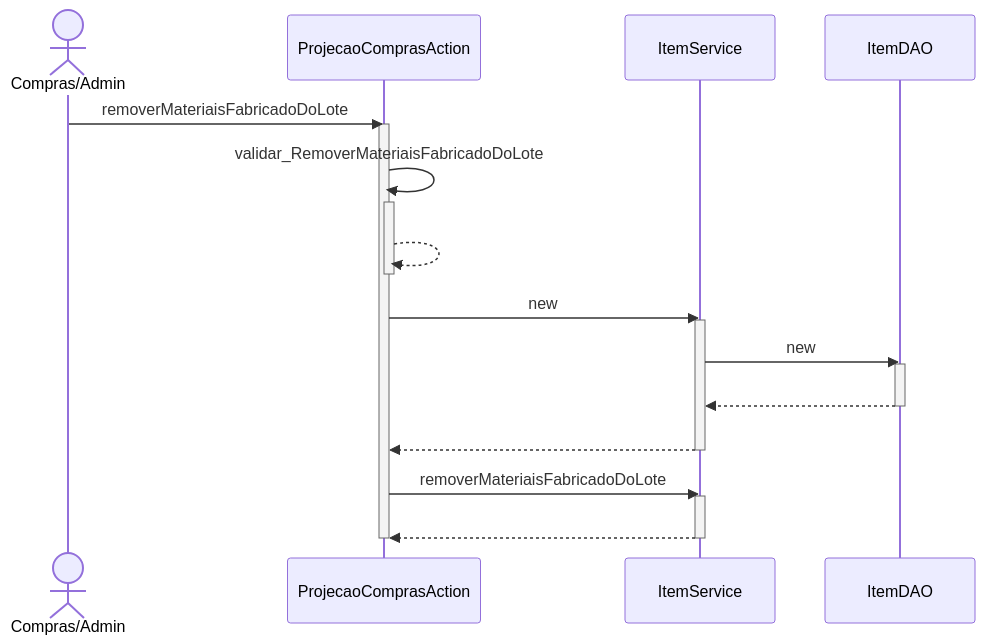
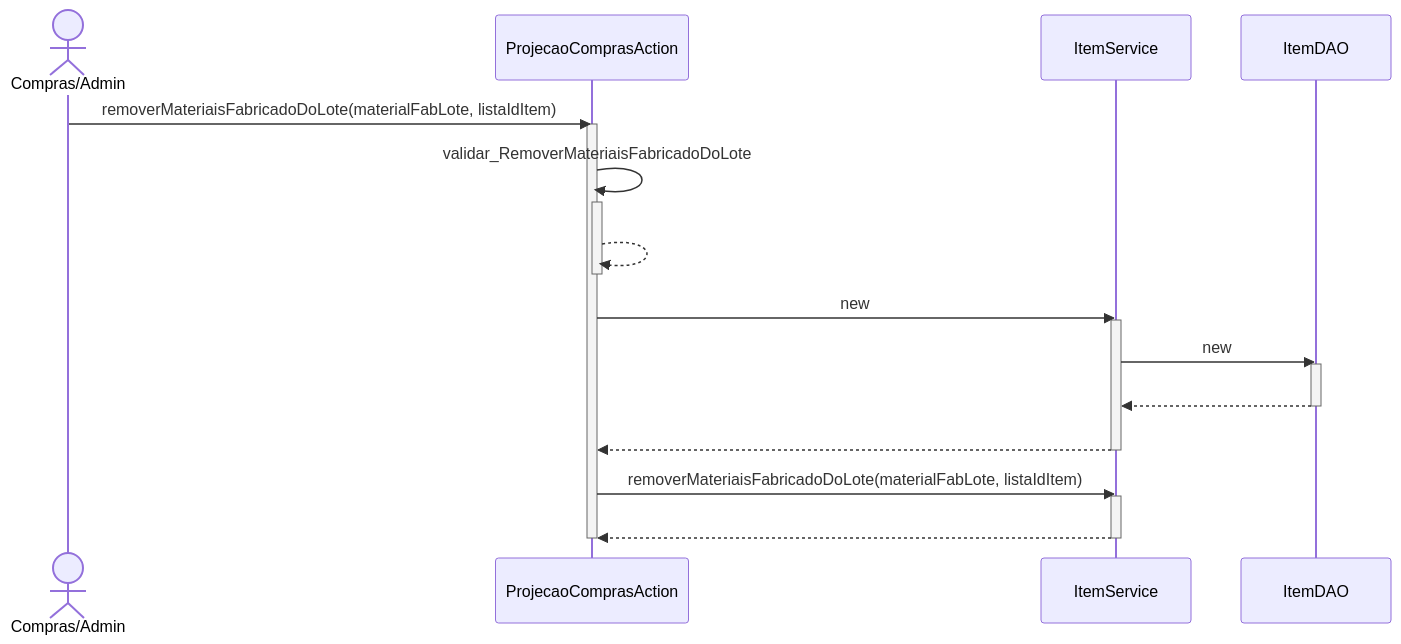
One commit to branqsMRP/SequenceDiagram changed the diagram in DiagramaSequencia/Novo Diagrama Sequencia/Movimentacao/ProjecaoComprasAction_removerMateriaisFabricadoDoLote.mmd. Above: the diagram before and after it, drawn with Mermaid. The commit also changed 5 other files, not shown here.

```diff
--- a/DiagramaSequencia/Novo Diagrama Sequencia/Movimentacao/ProjecaoComprasAction_removerMateriaisFabricadoDoLote.mmd
+++ b/DiagramaSequencia/Novo Diagrama Sequencia/Movimentacao/ProjecaoComprasAction_removerMateriaisFabricadoDoLote.mmd
@@ -1,21 +1,21 @@
 sequenceDiagram
 actor CA as Compras/Admin
-CA ->> ProjecaoComprasAction : removerMateriaisFabricadoDoLote
+CA ->> ProjecaoComprasAction : removerMateriaisFabricadoDoLote(materialFabLote, listaIdItem)
 activate ProjecaoComprasAction
 ProjecaoComprasAction ->> ProjecaoComprasAction : validar_RemoverMateriaisFabricadoDoLote
 activate ProjecaoComprasAction
 ProjecaoComprasAction -->> ProjecaoComprasAction : #32; 
 deactivate ProjecaoComprasAction
 ProjecaoComprasAction ->> ItemService : new
 activate ItemService
 ItemService ->> ItemDAO : new
 activate ItemDAO
 ItemDAO -->> ItemService : #32; 
 deactivate ItemDAO
 ItemService -->> ProjecaoComprasAction : #32; 
 deactivate ItemService
-ProjecaoComprasAction ->> ItemService : removerMateriaisFabricadoDoLote
+ProjecaoComprasAction ->> ItemService : removerMateriaisFabricadoDoLote(materialFabLote, listaIdItem)
 activate ItemService
 ItemService -->> ProjecaoComprasAction : #32; 
 deactivate ItemService
 deactivate ProjecaoComprasAction
```
